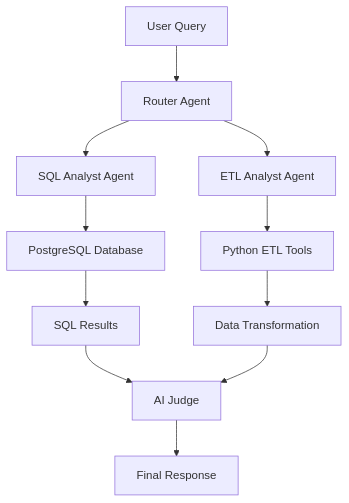
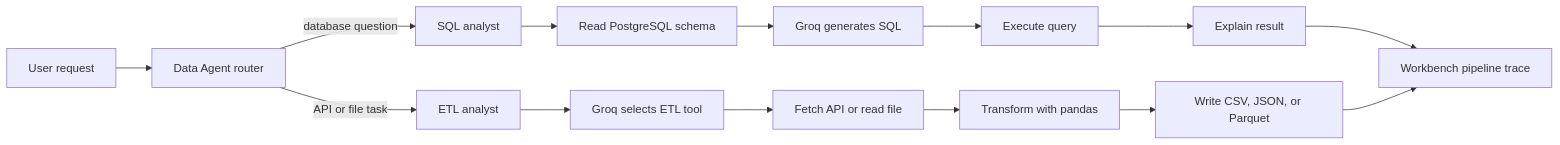
Before and after one commit to maryem37/agentic-data-pipeline: the diagram in README.md, drawn with Mermaid. The commit also changed other lines of this file and 5 other files, not shown here.

````diff
--- a/README.md
+++ b/README.md
@@ -20,18 +12,16 @@
 ```mermaid
-flowchart TD
-    A[User Query] --> B[Router Agent]
-
-    B --> C[SQL Analyst Agent]
-    B --> D[ETL Analyst Agent]
-
-    C --> E[PostgreSQL Database]
-    E --> F[SQL Results]
-
-    D --> G[Python ETL Tools]
-    G --> H[Data Transformation]
-
-    F --> I[AI Judge]
-    H --> I
-
-    I --> J[Final Response]
+flowchart LR
+    A[User request] --> B[Data Agent router]
+    B -->|database question| C[SQL analyst]
+    B -->|API or file task| D[ETL analyst]
+    C --> E[Read PostgreSQL schema]
+    E --> F[Groq generates SQL]
+    F --> G[Execute query]
+    G --> H[Explain result]
+    D --> I[Groq selects ETL tool]
+    I --> J[Fetch API or read file]
+    J --> K[Transform with pandas]
+    K --> L[Write CSV, JSON, or Parquet]
+    H --> M[Workbench pipeline trace]
+    L --> M
 ```
````
